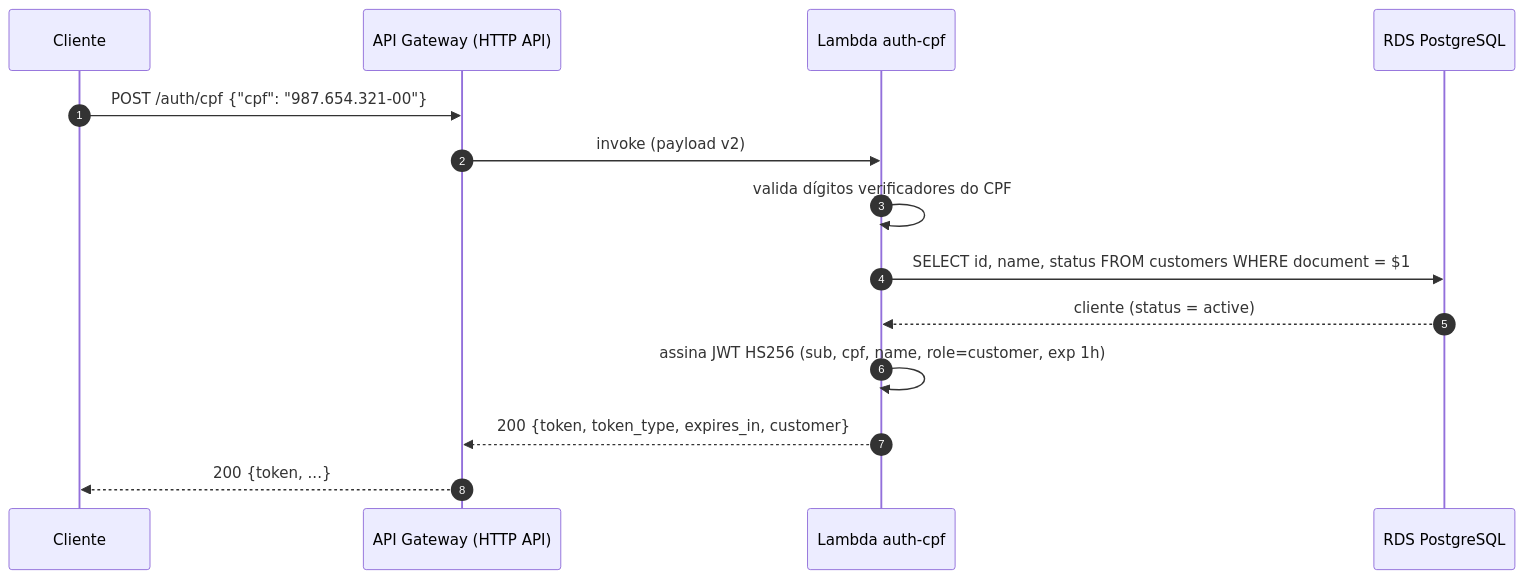
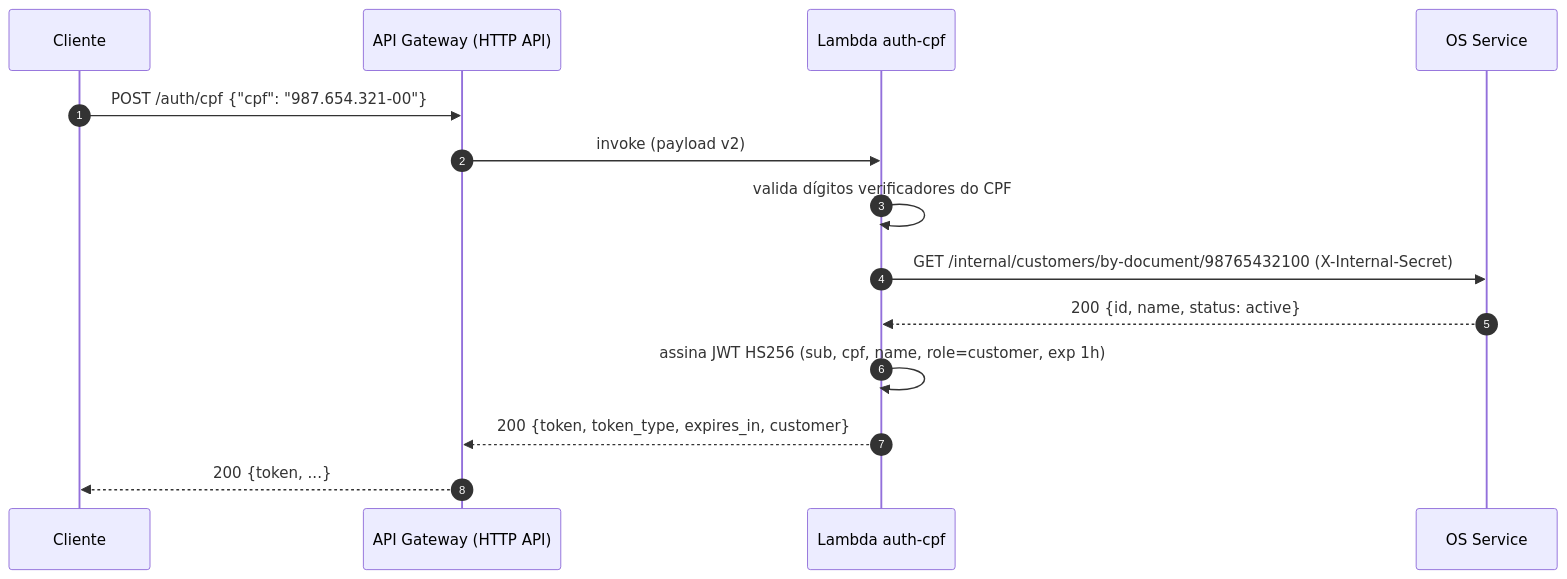
The first of 3 diagrams in README.md (gaabriel165/oficina-lambda-auth), drawn with Mermaid before and after one commit. The commit also changed other lines of this file, not shown here.

````diff
--- a/README.md
+++ b/README.md
@@ -41,17 +60,17 @@
 ```mermaid
 sequenceDiagram
     autonumber
     participant C as Cliente
     participant GW as API Gateway (HTTP API)
     participant L as Lambda auth-cpf
-    participant DB as RDS PostgreSQL
+    participant OS as OS Service
 
     C->>GW: POST /auth/cpf {"cpf": "987.654.321-00"}
     GW->>L: invoke (payload v2)
     L->>L: valida dígitos verificadores do CPF
-    L->>DB: SELECT id, name, status FROM customers WHERE document = $1
-    DB-->>L: cliente (status = active)
+    L->>OS: GET /internal/customers/by-document/98765432100 (X-Internal-Secret)
+    OS-->>L: 200 {id, name, status: active}
     L->>L: assina JWT HS256 (sub, cpf, name, role=customer, exp 1h)
     L-->>GW: 200 {token, token_type, expires_in, customer}
     GW-->>C: 200 {token, ...}
 ```
````
